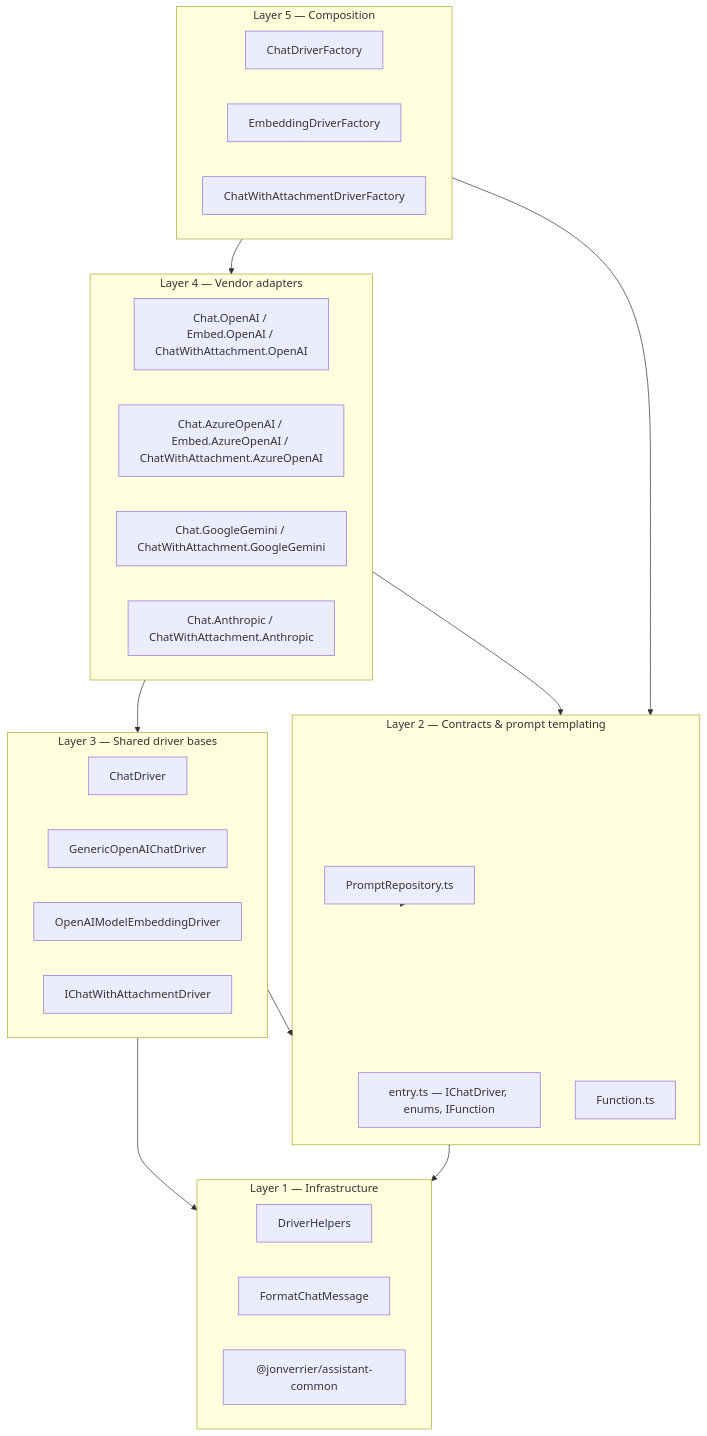
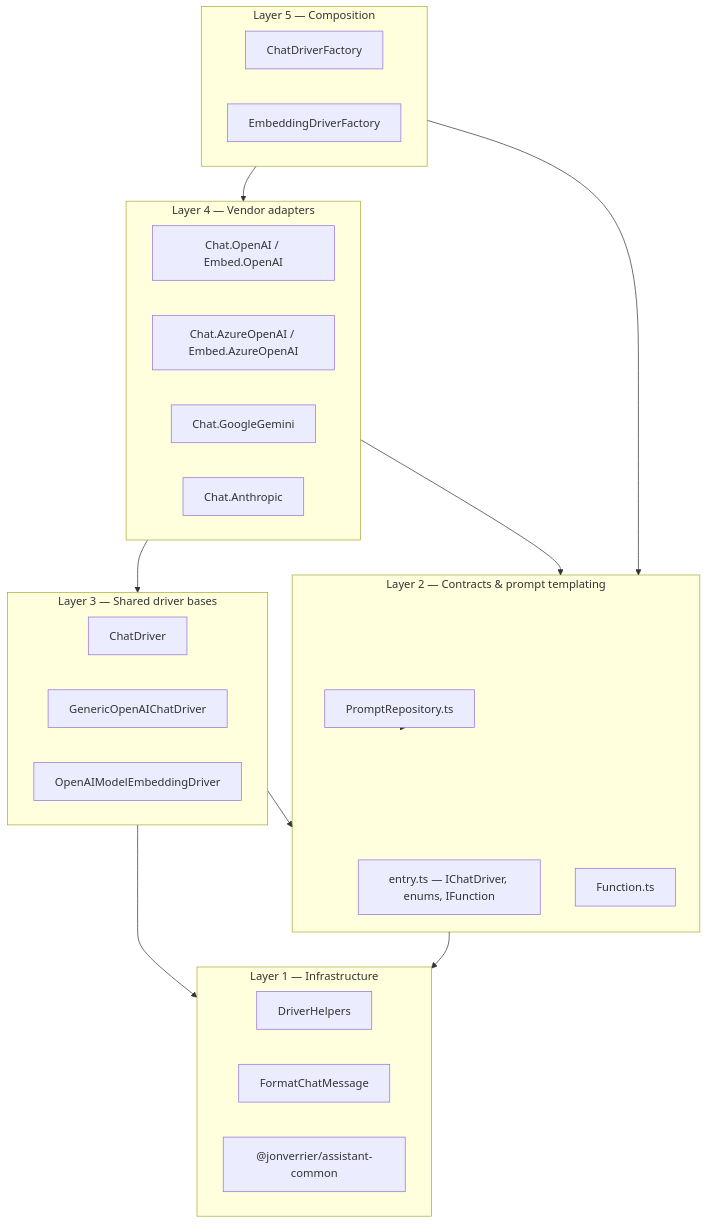
Before and after one commit to jonverrier/PromptRepository: the diagram in DESIGN.md, drawn with Mermaid. The commit also changed other lines of this file and 29 other files, not shown here.

First line of the commit message:
Remove the unused attachment API and map OpenAI chat to GPT-6.

````diff
--- a/DESIGN.md
+++ b/DESIGN.md
@@ -89,43 +89,41 @@
 ```mermaid
 flowchart TB
   subgraph L5["Layer 5 — Composition"]
     CF[ChatDriverFactory]
     EAF[EmbeddingDriverFactory]
-    CAF[ChatWithAttachmentDriverFactory]
   end
 
   subgraph L4["Layer 4 — Vendor adapters"]
-    OAI[Chat.OpenAI / Embed.OpenAI / ChatWithAttachment.OpenAI]
-    AZ[Chat.AzureOpenAI / Embed.AzureOpenAI / ChatWithAttachment.AzureOpenAI]
-    GEM[Chat.GoogleGemini / ChatWithAttachment.GoogleGemini]
-    ANT[Chat.Anthropic / ChatWithAttachment.Anthropic]
+    OAI[Chat.OpenAI / Embed.OpenAI]
+    AZ[Chat.AzureOpenAI / Embed.AzureOpenAI]
+    GEM[Chat.GoogleGemini]
+    ANT[Chat.Anthropic]
   end
 
   subgraph L3["Layer 3 — Shared driver bases"]
     CD[ChatDriver]
     GOAI[GenericOpenAIChatDriver]
     OME[OpenAIModelEmbeddingDriver]
-    CWA[IChatWithAttachmentDriver]
   end
 
   subgraph L2["Layer 2 — Contracts & prompt templating"]
     EN[entry.ts — IChatDriver, enums, IFunction]
     PR[PromptRepository.ts]
     FN[Function.ts]
   end
 
   subgraph L1["Layer 1 — Infrastructure"]
     DH[DriverHelpers]
     FM[FormatChatMessage]
     AC["@jonverrier/assistant-common"]
   end
 
   L5 --> L4
   L5 --> L2
   L4 --> L3
   L4 --> L2
   L3 --> L2
   L3 --> L1
   L2 --> L1
   PR --> L2
 ```
````
